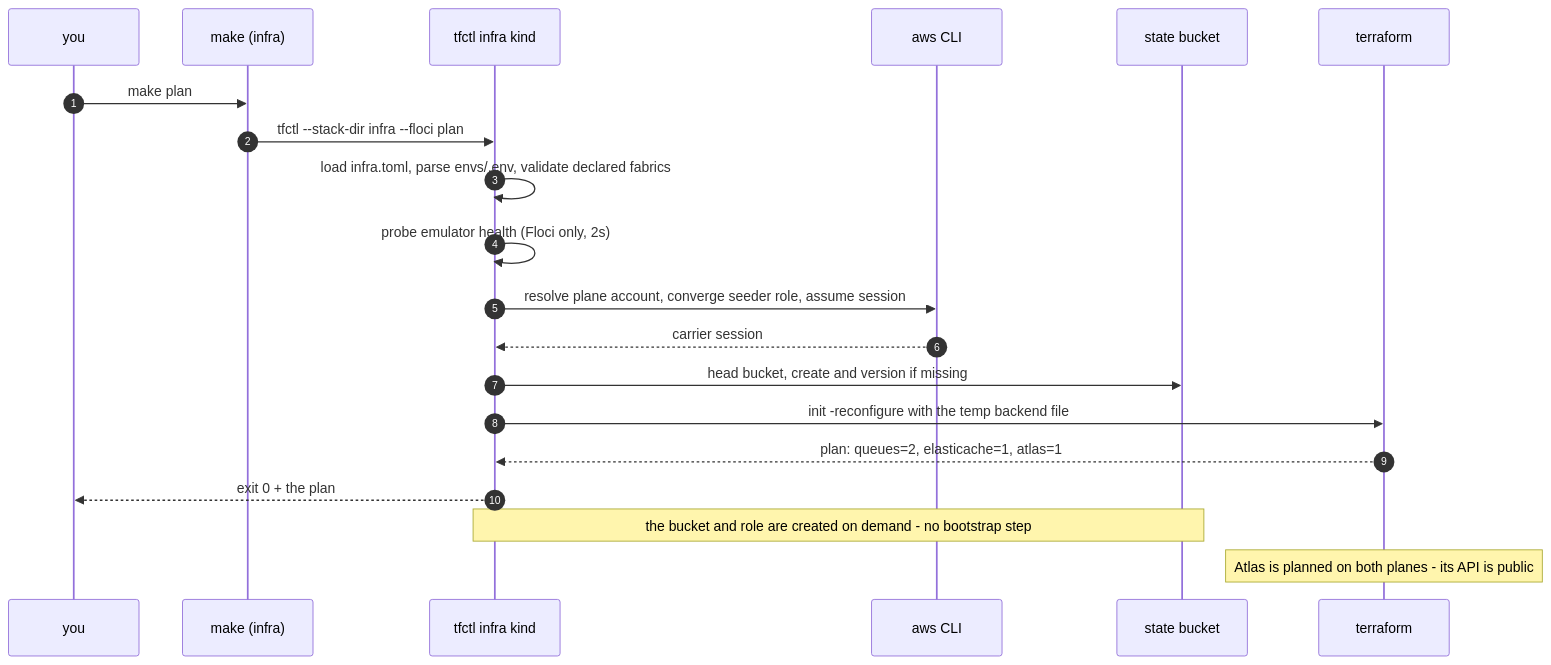
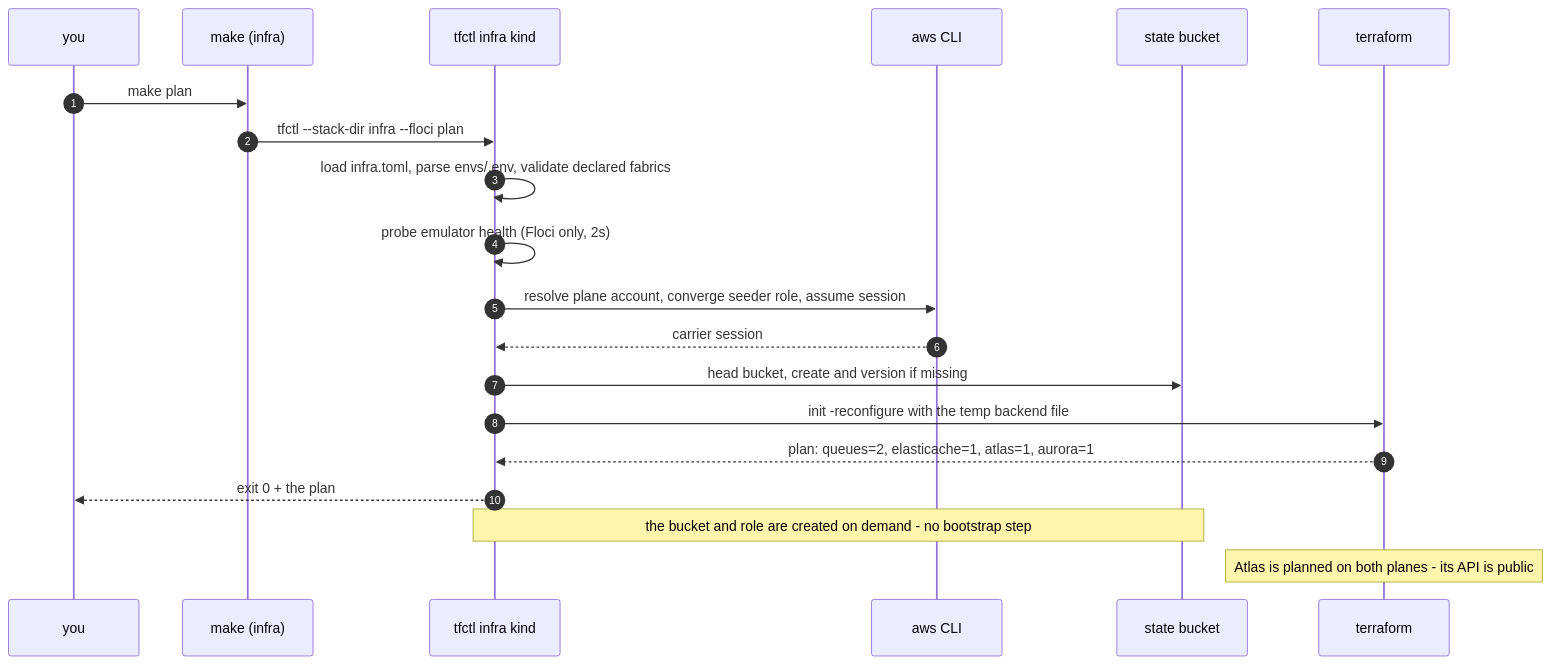
Before and after one commit to kunalPisolkar24/detectAI: the second of 3 diagrams in infra/docs/concepts/architecture.md, drawn with Mermaid. The commit also changed other lines of this file and 23 other files, not shown here.

````diff
--- a/infra/docs/concepts/architecture.md
+++ b/infra/docs/concepts/architecture.md
@@ -58,23 +62,23 @@
 ```mermaid
 sequenceDiagram
     autonumber
     participant U as you
     participant M as make (infra)
     participant T as tfctl infra kind
     participant A as aws CLI
     participant S as state bucket
     participant TF as terraform
 
     U->>M: make plan
     M->>T: tfctl --stack-dir infra --floci plan
     T->>T: load infra.toml, parse envs/.env, validate declared fabrics
     T->>T: probe emulator health (Floci only, 2s)
     T->>A: resolve plane account, converge seeder role, assume session
     A-->>T: carrier session
     T->>S: head bucket, create and version if missing
     T->>TF: init -reconfigure with the temp backend file
-    TF-->>T: plan: queues=2, elasticache=1, atlas=1
+    TF-->>T: plan: queues=2, elasticache=1, atlas=1, aurora=1
     T-->>U: exit 0 + the plan
     note over T,S: the bucket and role are created on demand - no bootstrap step
     note over TF: Atlas is planned on both planes - its API is public
 ```
````
